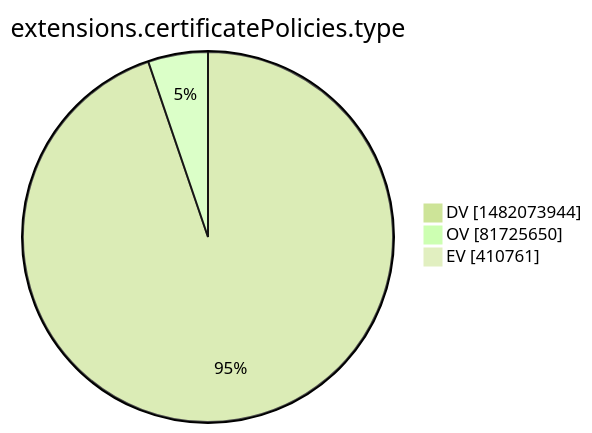
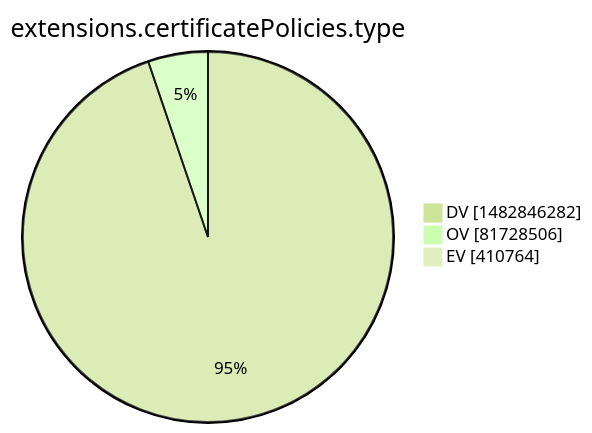
Before and after one commit to christiankrug/ctmonitor_visualization: the tenth of 15 diagrams in xenon2022/README.md, drawn with Mermaid (forest theme). The commit also changed other lines of this file, not shown here.

````diff
--- a/xenon2022/README.md
+++ b/xenon2022/README.md
@@ -2873,7 +2873,7 @@
 ```mermaid
 pie showData
 title extensions.certificatePolicies.type
-"DV" :1482073944
-"OV" :81725650
-"EV" :410761
+"DV" :1482846282
+"OV" :81728506
+"EV" :410764
 ```
````
